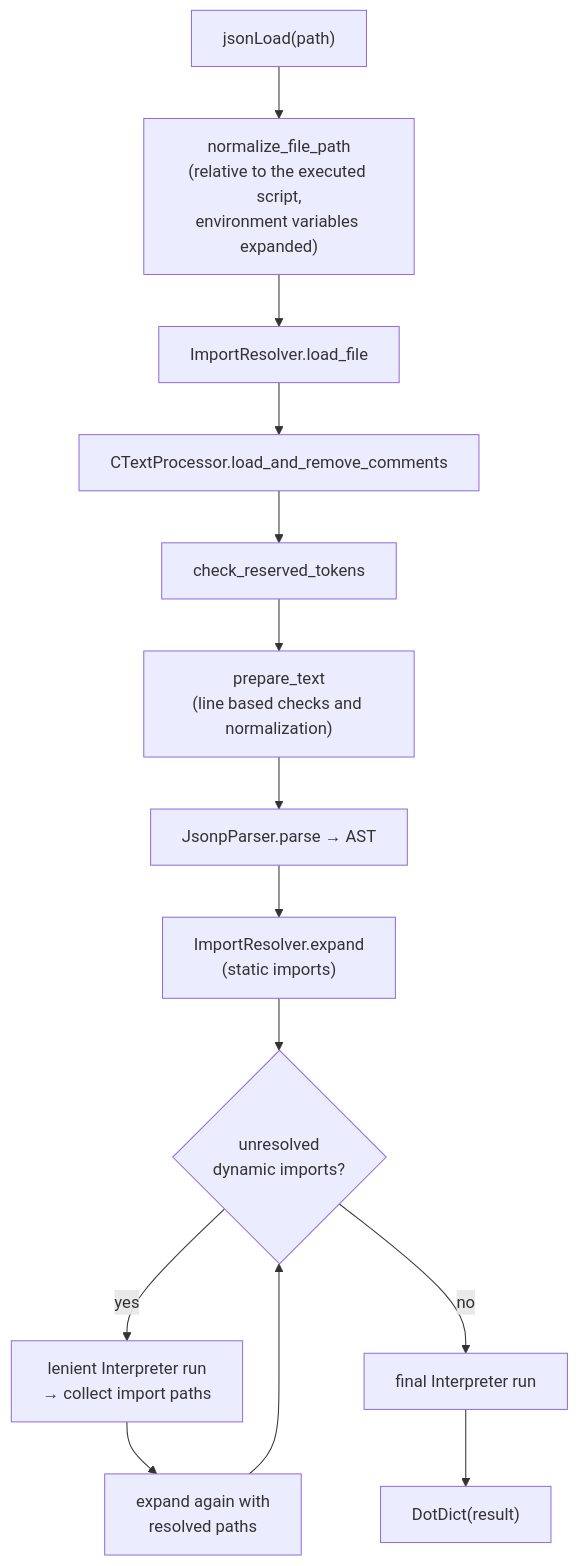
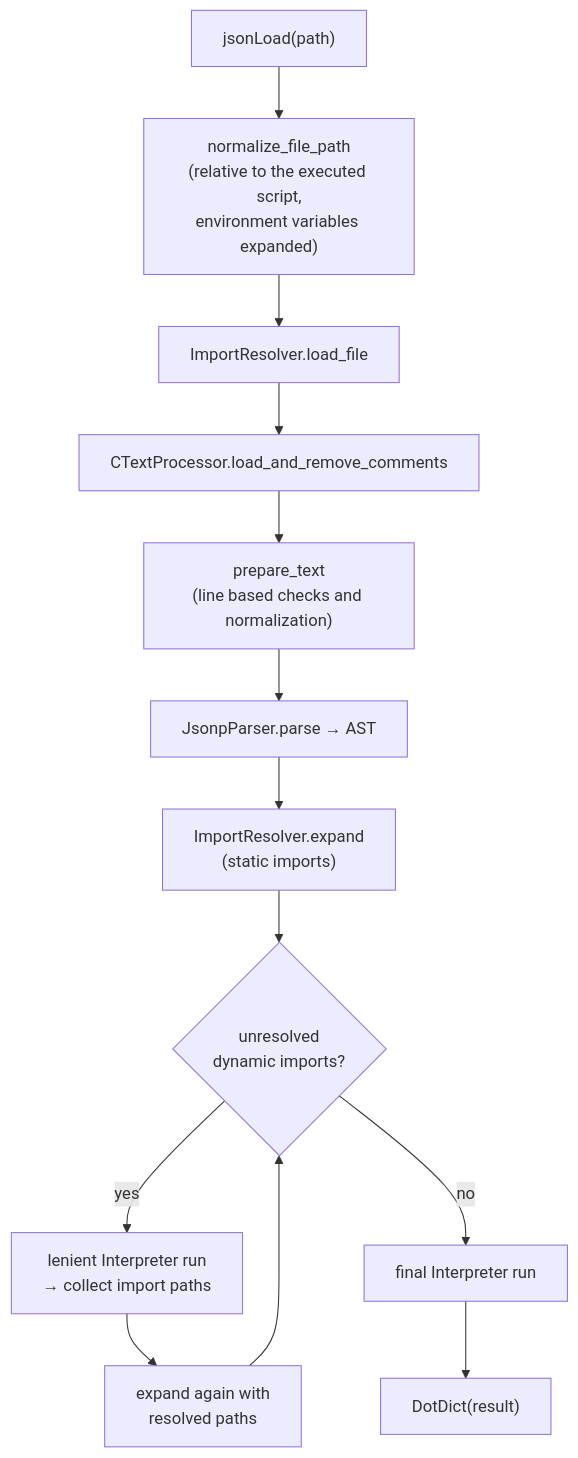
One commit to test-fullautomation/python-jsonpreprocessor changed the first of 5 diagrams in doc/developers/processing-pipeline.md. Above: the diagram before and after it, drawn with Mermaid. The commit also changed other lines of this file and 5 other files, not shown here.

````diff
--- a/doc/developers/processing-pipeline.md
+++ b/doc/developers/processing-pipeline.md
@@ -7,16 +7,15 @@
 ```mermaid
 flowchart TD
     A["jsonLoad(path)"] --> B["normalize_file_path<br/>(relative to the executed script,<br/>environment variables expanded)"]
     B --> C["ImportResolver.load_file"]
     C --> D["CTextProcessor.load_and_remove_comments"]
-    D --> E["check_reserved_tokens"]
-    E --> F["prepare_text<br/>(line based checks and normalization)"]
+    D --> F["prepare_text<br/>(line based checks and normalization)"]
     F --> G["JsonpParser.parse → AST"]
     G --> H["ImportResolver.expand<br/>(static imports)"]
     H --> I{"unresolved<br/>dynamic imports?"}
     I -- yes --> J["lenient Interpreter run<br/>→ collect import paths"]
     J --> K["expand again with<br/>resolved paths"]
     K --> I
     I -- no --> L["final Interpreter run"]
     L --> M["DotDict(result)"]
 ```
````
